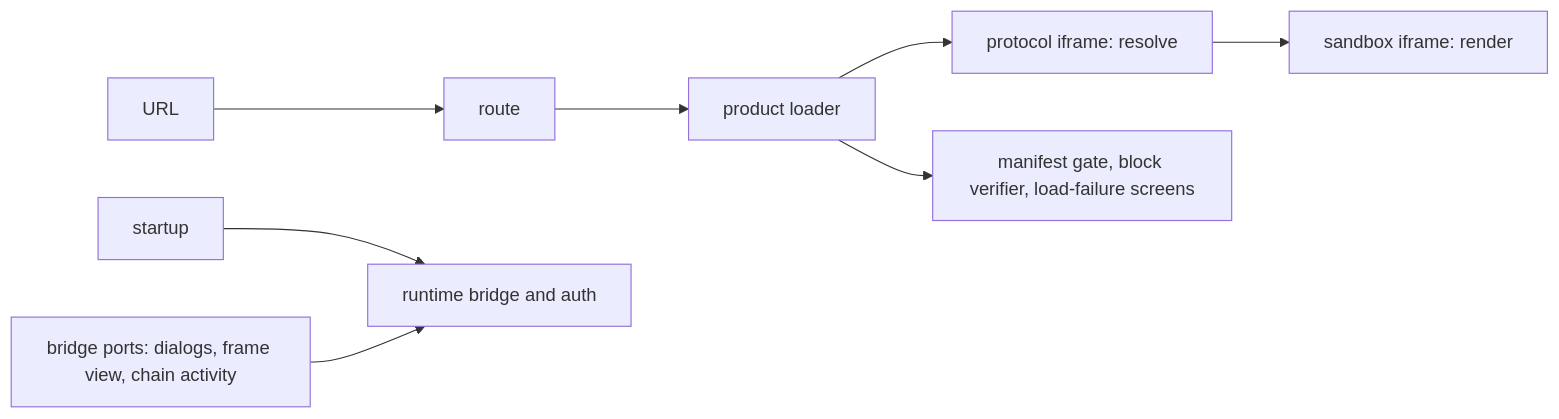
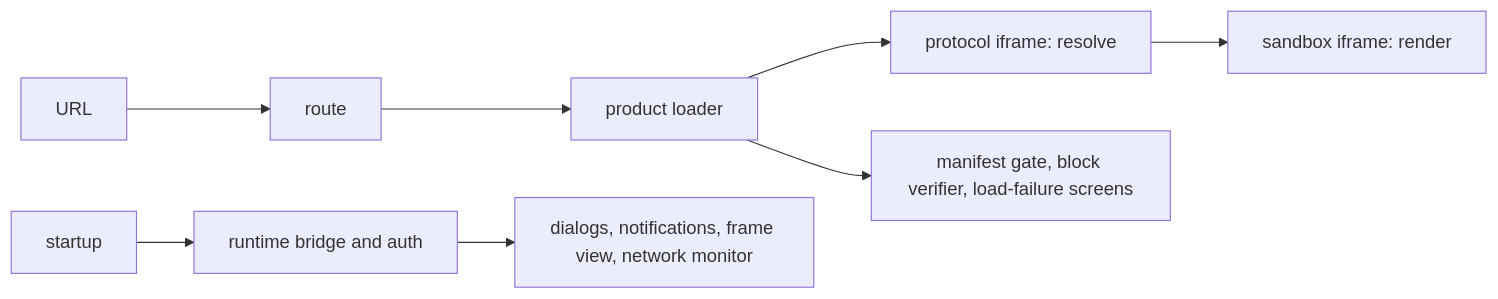
The diagram in apps/host/README.md (paritytech/dotli-community), drawn with Mermaid before and after one commit. The commit also changed other lines of this file and 515 other files, not shown here.

````diff
--- a/apps/host/README.md
+++ b/apps/host/README.md
@@ -48,8 +61,8 @@
 ```mermaid
 flowchart LR
   url[URL] --> route --> loader[product loader]
   loader --> resolve["protocol iframe: resolve"] --> render["sandbox iframe: render"]
   loader --> checks["manifest gate, block verifier, load-failure screens"]
   startup --> bridge["runtime bridge and auth"]
-  ports["bridge ports: dialogs, frame view, chain activity"] --> bridge
+  bridge --> page["dialogs, notifications, frame view, network monitor"]
 ```
````
